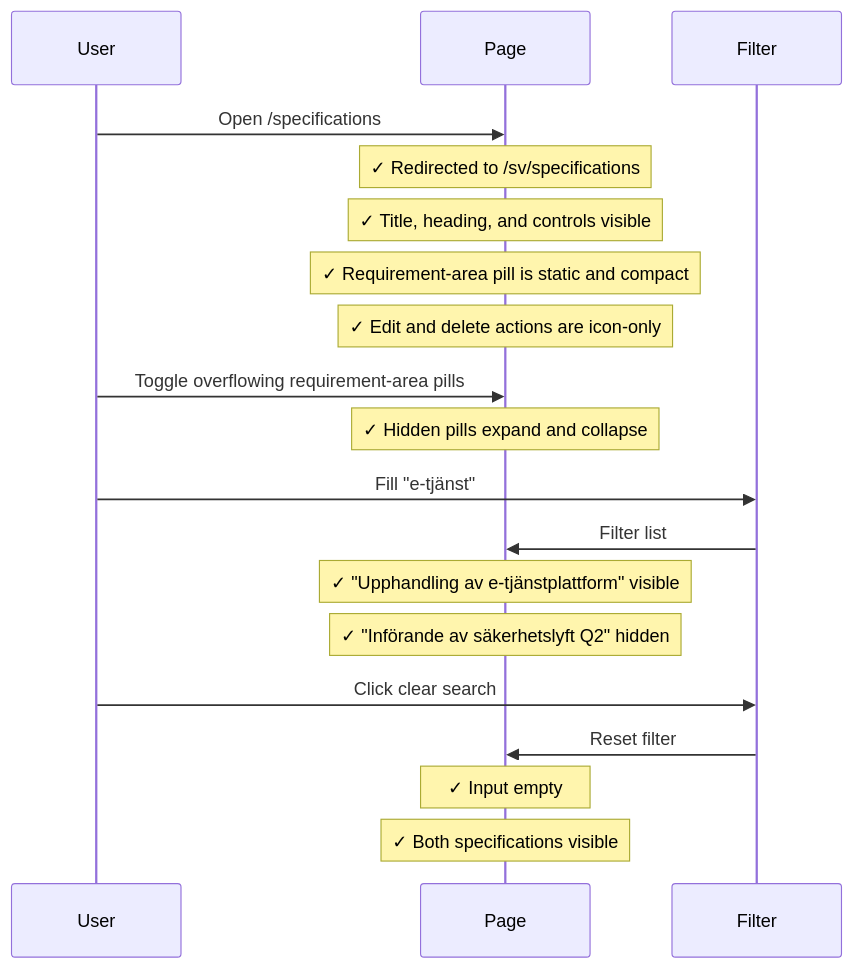
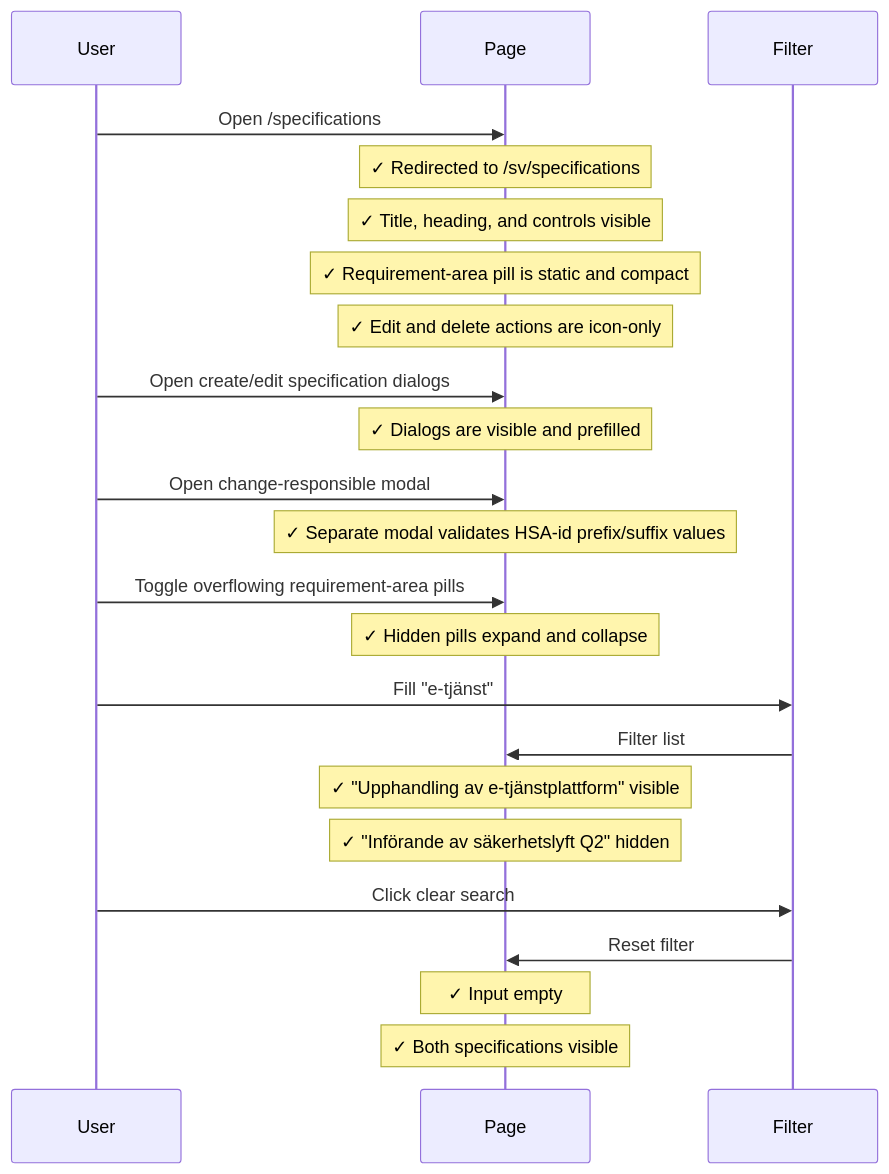
The second of 3 diagrams in tests/integration/specifications-list.md (viscalyx/Kravhantering), drawn with Mermaid before and after one commit. The commit also changed other lines of this file and 351 other files, not shown here.

````diff
--- a/tests/integration/specifications-list.md
+++ b/tests/integration/specifications-list.md
@@ -72,22 +86,26 @@
 ```mermaid
 sequenceDiagram
     participant U as User
     participant P as Page
     participant F as Filter
 
     U->>P: Open /specifications
     Note over P: ✓ Redirected to /sv/specifications
     Note over P: ✓ Title, heading, and controls visible
     Note over P: ✓ Requirement-area pill is static and compact
     Note over P: ✓ Edit and delete actions are icon-only
+    U->>P: Open create/edit specification dialogs
+    Note over P: ✓ Dialogs are visible and prefilled
+    U->>P: Open change-responsible modal
+    Note over P: ✓ Separate modal validates HSA-id prefix/suffix values
     U->>P: Toggle overflowing requirement-area pills
     Note over P: ✓ Hidden pills expand and collapse
     U->>F: Fill "e-tjänst"
     F->>P: Filter list
     Note over P: ✓ "Upphandling av e-tjänstplattform" visible
     Note over P: ✓ "Införande av säkerhetslyft Q2" hidden
     U->>F: Click clear search
     F->>P: Reset filter
     Note over P: ✓ Input empty
     Note over P: ✓ Both specifications visible
 ```
````
